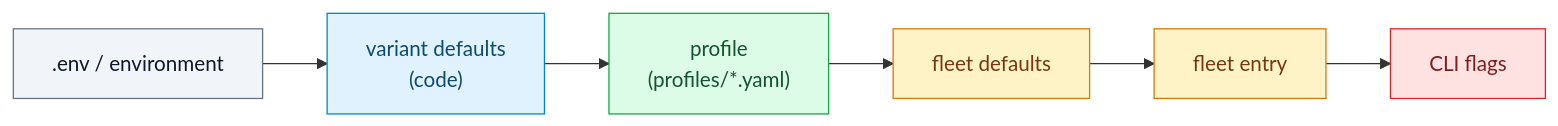
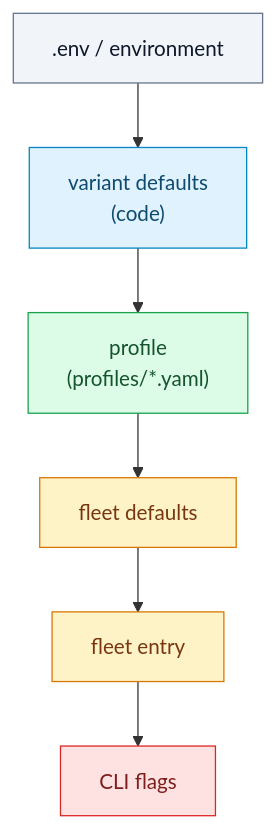
The third of 3 diagrams in docs/concepts/variants-profiles.md (thereisnotime/golemkit), drawn with Mermaid before and after one commit. The commit also changed other lines of this file and 20 other files, not shown here.

First line of the commit message:
Docs: replace the last ASCII diagrams with mermaid, make wide charts top-down to fit the column

````diff
--- a/docs/concepts/variants-profiles.md
+++ b/docs/concepts/variants-profiles.md
@@ -95,10 +95,11 @@
 ```mermaid
-flowchart LR
-  E[".env / environment"] --> V["variant defaults<br/>(code)"] --> P["profile<br/>(profiles/*.yaml)"] --> FD["fleet defaults"] --> FE["fleet entry"] --> C["CLI flags"]
+flowchart TD
+  E[".env / environment"] --> V["variant defaults<br/>(code)"] --> P["profile<br/>(profiles/*.yaml)"]
+  P --> FD["fleet defaults"] --> FE["fleet entry"] --> C["CLI flags"]
   style E fill:#f1f5f9,stroke:#64748b,color:#0f172a
   style V fill:#e0f2fe,stroke:#0284c7,color:#0c4a6e
   style P fill:#dcfce7,stroke:#16a34a,color:#14532d
   style FD fill:#fef3c7,stroke:#d97706,color:#78350f
   style FE fill:#fef3c7,stroke:#d97706,color:#78350f
   style C fill:#fee2e2,stroke:#dc2626,color:#7f1d1d
 ```
````
